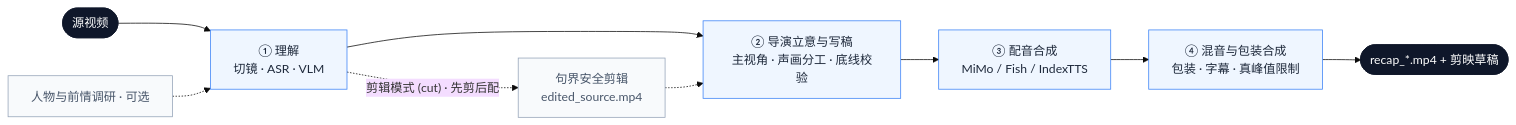
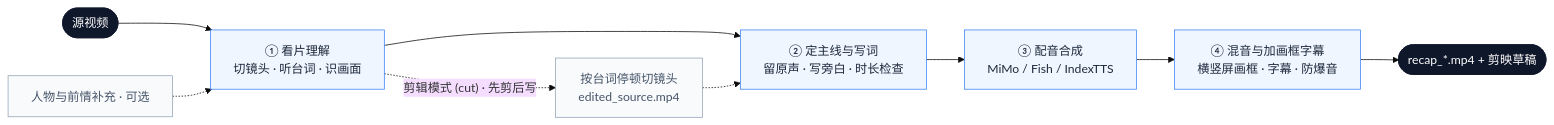
The diagram in data/readmes/zenstory-ai__video-recap-skills.md (zqf20096327/ai_collect), drawn with Mermaid (base theme) before and after one commit. The commit also changed other lines of this file and 1946 other files, not shown here.

````diff
--- a/data/readmes/zenstory-ai__video-recap-skills.md
+++ b/data/readmes/zenstory-ai__video-recap-skills.md
@@ -167,16 +167,16 @@
 ```mermaid
 flowchart LR
-    video(["源视频"]) --> understand["① 理解<br/>切镜 · ASR · VLM"]
-    research["人物与前情调研 · 可选"] -.-> understand
-    understand --> plan["② 导演立意与写稿<br/>主视角 · 声画分工 · 底线校验"]
-    understand -. "剪辑模式 (cut) · 先剪后配" .-> cut["句界安全剪辑<br/>edited_source.mp4"] -.-> plan
+    video(["源视频"]) --> understand["① 看片理解<br/>切镜头 · 听台词 · 识画面"]
+    research["人物与前情补充 · 可选"] -.-> understand
+    understand --> plan["② 定主线与写词<br/>留原声 · 写旁白 · 时长检查"]
+    understand -. "剪辑模式 (cut) · 先剪后写" .-> cut["按台词停顿切镜头<br/>edited_source.mp4"] -.-> plan
     plan --> voiceover["③ 配音合成<br/>MiMo / Fish / IndexTTS"]
-    voiceover --> assemble["④ 混音与包装合成<br/>包装 · 字幕 · 真峰值限制"]
+    voiceover --> assemble["④ 混音与加画框字幕<br/>横竖屏画框 · 字幕 · 防爆音"]
     assemble --> output(["recap_*.mp4 + 剪映草稿"])
     classDef io fill:#0f172a,stroke:#0f172a,color:#fff;
     classDef stage fill:#eff6ff,stroke:#3b82f6,color:#1e293b;
     classDef opt fill:#f8fafc,stroke:#94a3b8,color:#475569;
     class video,output io;
     class understand,plan,voiceover,assemble stage;
     class research,cut opt;
 ```
````
